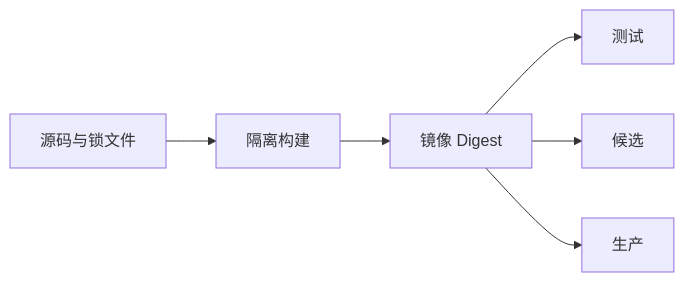
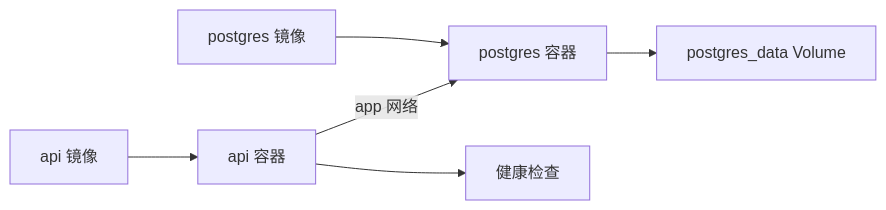
One commit to upJiang/jiang-blog-vitepress changed the diagram in docs/devops/docker-compose.md. Above: the diagram before and after it, drawn with Mermaid. The commit also changed other lines of this file and 142 other files, not shown here.

````diff
--- a/docs/devops/docker-compose.md
+++ b/docs/devops/docker-compose.md
@@ -24,8 +28,8 @@
 ```mermaid
 flowchart LR
-  S[源码与锁文件] --> B[隔离构建]
-  B --> I[镜像 Digest]
-  I --> T[测试]
-  I --> C[候选]
-  I --> P[生产]
+  I[api 镜像] --> A[api 容器]
+  P[postgres 镜像] --> DB[postgres 容器]
+  A -->|app 网络| DB
+  DB --> V[postgres_data Volume]
+  A --> H[健康检查]
 ```
````
